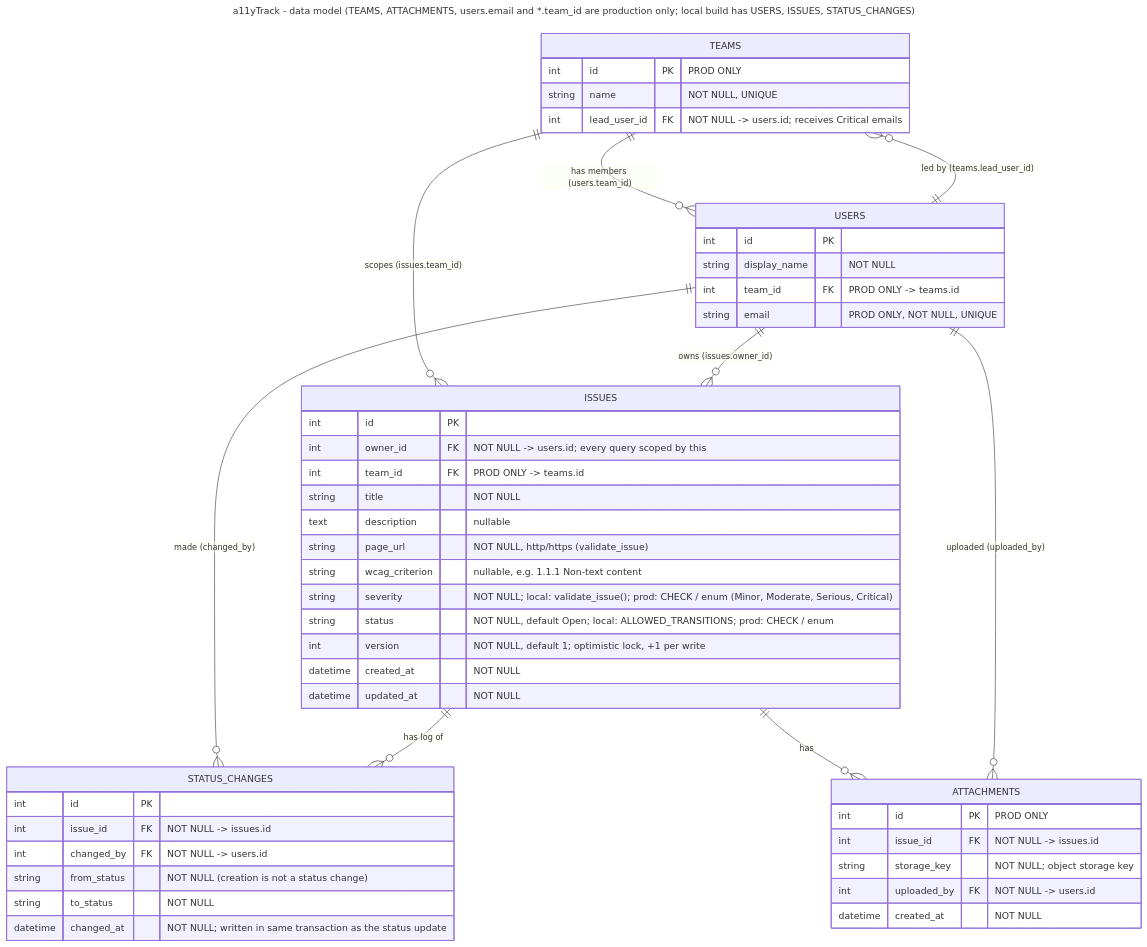
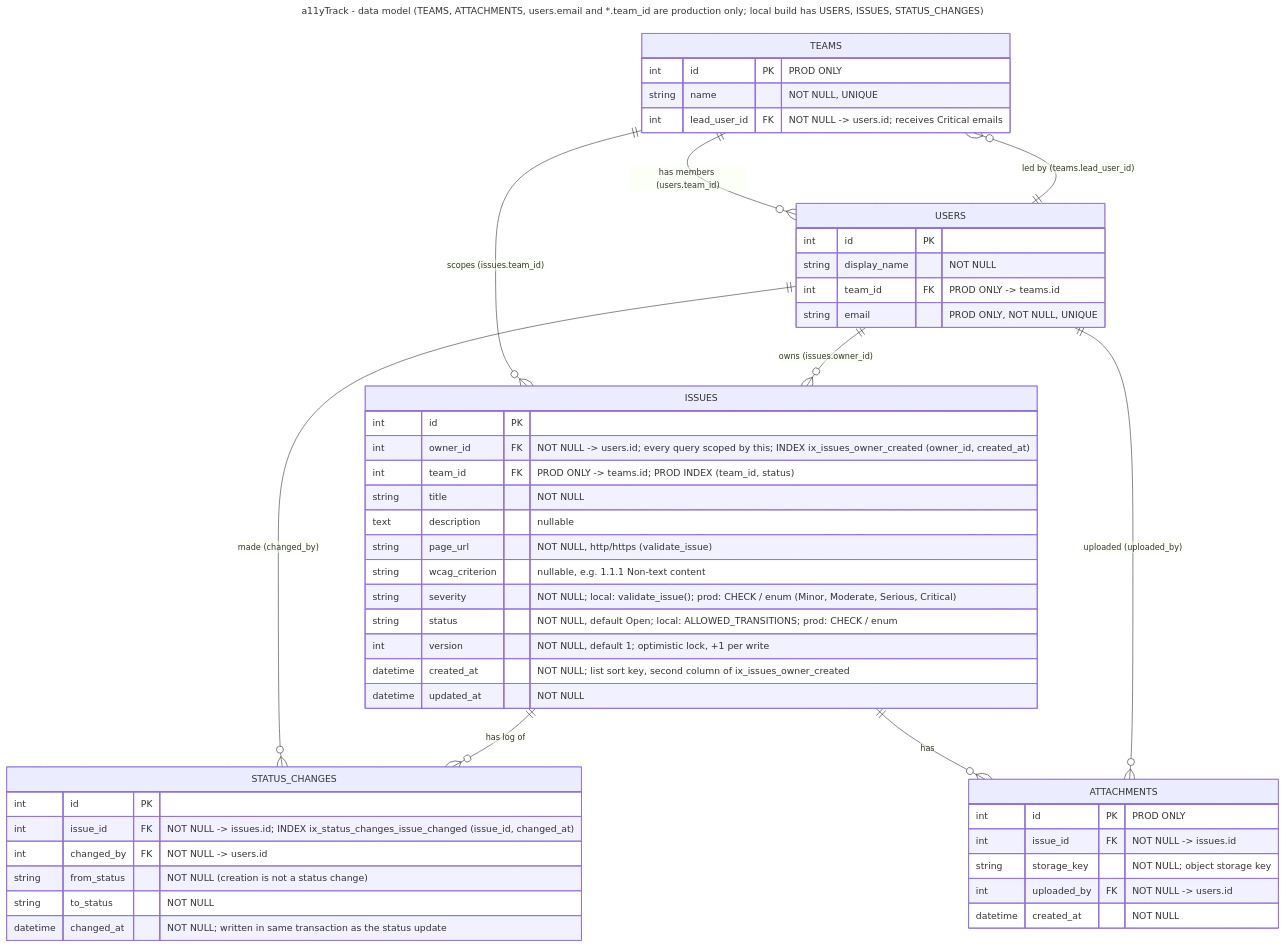
The diagram in docs/er.mmd (Yashvardhan-Chaudhry/a11yTrack), drawn with Mermaid before and after one commit. The commit also changed 6 other files, not shown here.

Commit message:
Reconcile diagrams and docs with the build: composite indexes the queries use, Critical-issue log hook, arrow labels match routes

```diff
--- a/docs/er.mmd
+++ b/docs/er.mmd
@@ -1,57 +1,57 @@
 ---
 title: a11yTrack - data model (TEAMS, ATTACHMENTS, users.email and *.team_id are production only; local build has USERS, ISSUES, STATUS_CHANGES)
 ---
 erDiagram
   TEAMS ||--o{ USERS : "has members (users.team_id)"
   TEAMS }o--|| USERS : "led by (teams.lead_user_id)"
   TEAMS ||--o{ ISSUES : "scopes (issues.team_id)"
   USERS ||--o{ ISSUES : "owns (issues.owner_id)"
   USERS ||--o{ STATUS_CHANGES : "made (changed_by)"
   ISSUES ||--o{ STATUS_CHANGES : "has log of"
   ISSUES ||--o{ ATTACHMENTS : "has"
   USERS ||--o{ ATTACHMENTS : "uploaded (uploaded_by)"
 
   TEAMS {
     int id PK "PROD ONLY"
     string name "NOT NULL, UNIQUE"
     int lead_user_id FK "NOT NULL -> users.id; receives Critical emails"
   }
 
   USERS {
     int id PK
     string display_name "NOT NULL"
     int team_id FK "PROD ONLY -> teams.id"
     string email "PROD ONLY, NOT NULL, UNIQUE"
   }
 
   ISSUES {
     int id PK
-    int owner_id FK "NOT NULL -> users.id; every query scoped by this"
-    int team_id FK "PROD ONLY -> teams.id"
+    int owner_id FK "NOT NULL -> users.id; every query scoped by this; INDEX ix_issues_owner_created (owner_id, created_at)"
+    int team_id FK "PROD ONLY -> teams.id; PROD INDEX (team_id, status)"
     string title "NOT NULL"
     text description "nullable"
     string page_url "NOT NULL, http/https (validate_issue)"
     string wcag_criterion "nullable, e.g. 1.1.1 Non-text content"
     string severity "NOT NULL; local: validate_issue(); prod: CHECK / enum (Minor, Moderate, Serious, Critical)"
     string status "NOT NULL, default Open; local: ALLOWED_TRANSITIONS; prod: CHECK / enum"
     int version "NOT NULL, default 1; optimistic lock, +1 per write"
-    datetime created_at "NOT NULL"
+    datetime created_at "NOT NULL; list sort key, second column of ix_issues_owner_created"
     datetime updated_at "NOT NULL"
   }
 
   STATUS_CHANGES {
     int id PK
-    int issue_id FK "NOT NULL -> issues.id"
+    int issue_id FK "NOT NULL -> issues.id; INDEX ix_status_changes_issue_changed (issue_id, changed_at)"
     int changed_by FK "NOT NULL -> users.id"
     string from_status "NOT NULL (creation is not a status change)"
     string to_status "NOT NULL"
     datetime changed_at "NOT NULL; written in same transaction as the status update"
   }
 
   ATTACHMENTS {
     int id PK "PROD ONLY"
     int issue_id FK "NOT NULL -> issues.id"
     string storage_key "NOT NULL; object storage key"
     int uploaded_by FK "NOT NULL -> users.id"
     datetime created_at "NOT NULL"
   }
```
